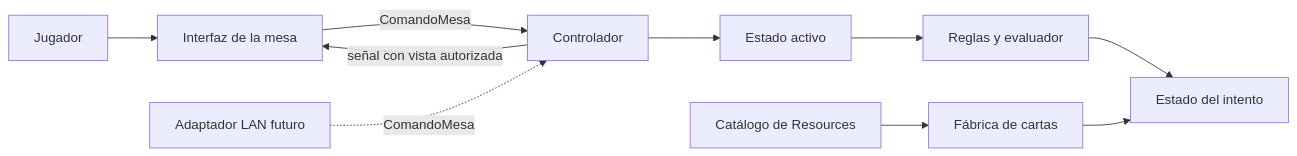
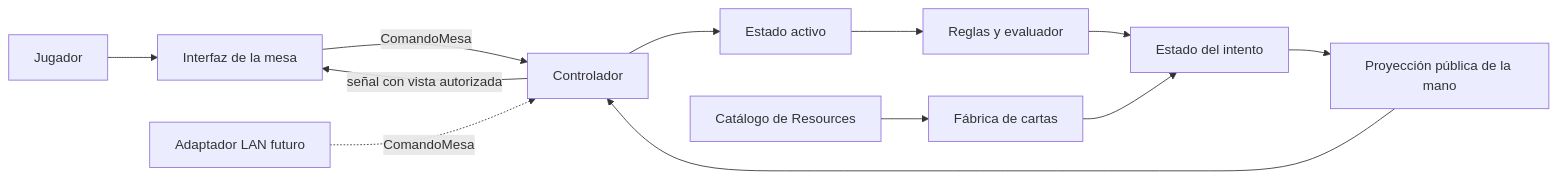
Before and after one commit to SrJCBM/ESPE-DDV-36869: the first of 2 diagrams in 2P/Desarrollo/ARQUITECTURA_Y_PATRONES.md, drawn with Mermaid. The commit also changed other lines of this file and 148 other files, not shown here.

````diff
--- a/2P/Desarrollo/ARQUITECTURA_Y_PATRONES.md
+++ b/2P/Desarrollo/ARQUITECTURA_Y_PATRONES.md
@@ -31,12 +31,14 @@
 ```mermaid
 flowchart LR
     Persona[Jugador] --> UI[Interfaz de la mesa]
     UI -->|ComandoMesa| Control[Controlador]
     Control --> Estado[Estado activo]
     Estado --> Reglas[Reglas y evaluador]
     Reglas --> Datos[Estado del intento]
+    Datos --> Vista[Proyección pública de la mano]
+    Vista --> Control
     Control -->|señal con vista autorizada| UI
     Catalogo[Catálogo de Resources] --> Fabrica[Fábrica de cartas]
     Fabrica --> Datos
     Red[Adaptador LAN futuro] -. ComandoMesa .-> Control
 ```
````
